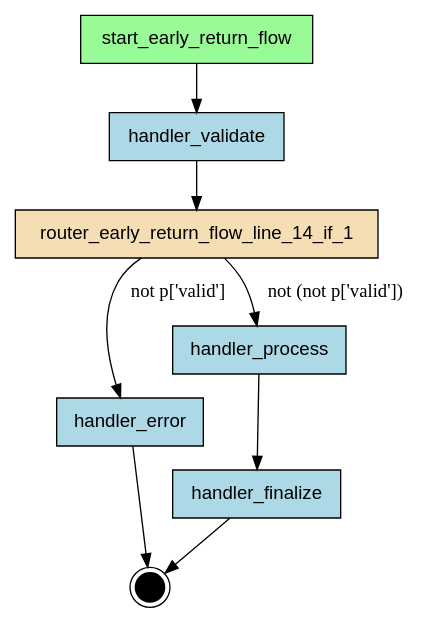
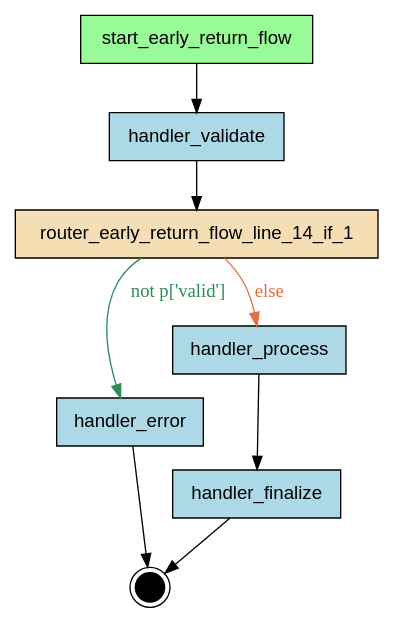
One commit to deliveryhero/asya changed the diagram in examples/flows/compiled/if_with_early_return/flow.dot. Above: the diagram before and after it, drawn with Graphviz. The commit also changed 297 other files, not shown here.

Commit message:
chore: regenerate all compiled flow artifacts

```diff
--- a/examples/flows/compiled/if_with_early_return/flow.dot
+++ b/examples/flows/compiled/if_with_early_return/flow.dot
@@ -1,23 +1,23 @@
-digraph "if_with_early_return" {
+digraph "early_return_flow" {
     rankdir=TB;
     node [shape=box, style=filled, fontname="Helvetica"];
 
     { rank=source; start_early_return_flow; }
 
     handler_error [label="handler_error", fillcolor=lightblue];
     handler_finalize [label="handler_finalize", fillcolor=lightblue];
     handler_process [label="handler_process", fillcolor=lightblue];
     handler_validate [label="handler_validate", fillcolor=lightblue];
     router_early_return_flow_line_14_if_1 [label="router_early_return_flow_line_14_if_1", fillcolor=wheat];
     start_early_return_flow [label="start_early_return_flow", fillcolor=palegreen];
 
     __end__ [label="", shape=doublecircle, fillcolor=black, width=0.3, fixedsize=true];
 
     start_early_return_flow -> handler_validate;
     handler_validate -> router_early_return_flow_line_14_if_1;
-    router_early_return_flow_line_14_if_1 -> handler_process [label="not (not p['valid'])"];
+    router_early_return_flow_line_14_if_1 -> handler_process [label="else", color="#E07040", fontcolor="#E07040"];
     handler_process -> handler_finalize;
-    router_early_return_flow_line_14_if_1 -> handler_error [label="not p['valid']"];
+    router_early_return_flow_line_14_if_1 -> handler_error [label="not p['valid']", color="#2E8B57", fontcolor="#2E8B57"];
     handler_error -> __end__;
     handler_finalize -> __end__;
 }
```
